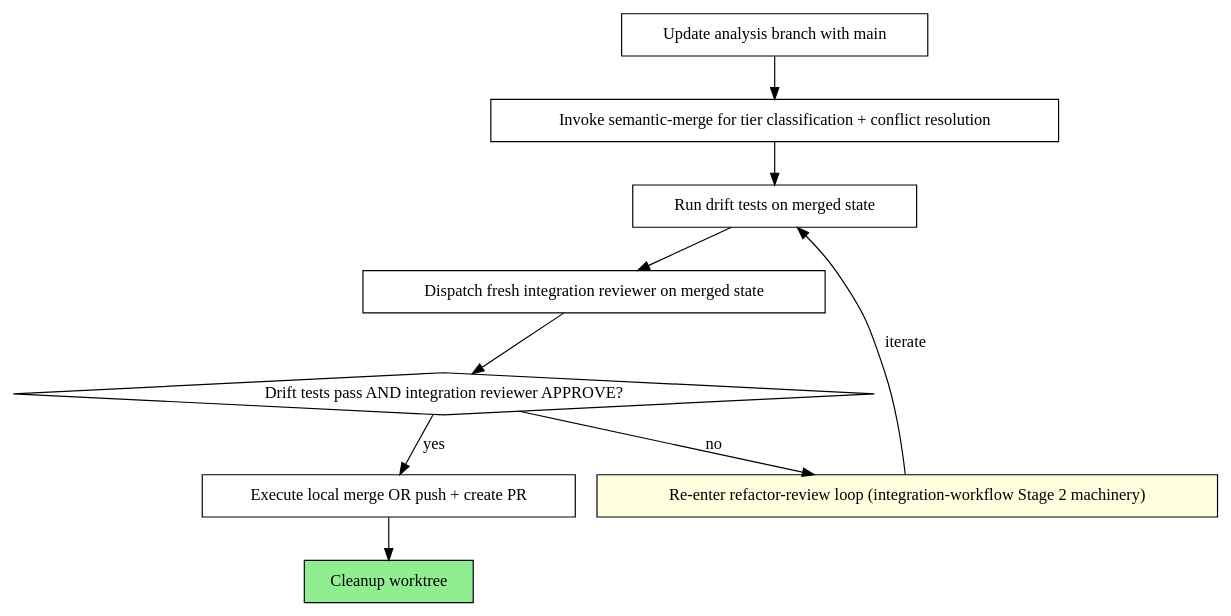
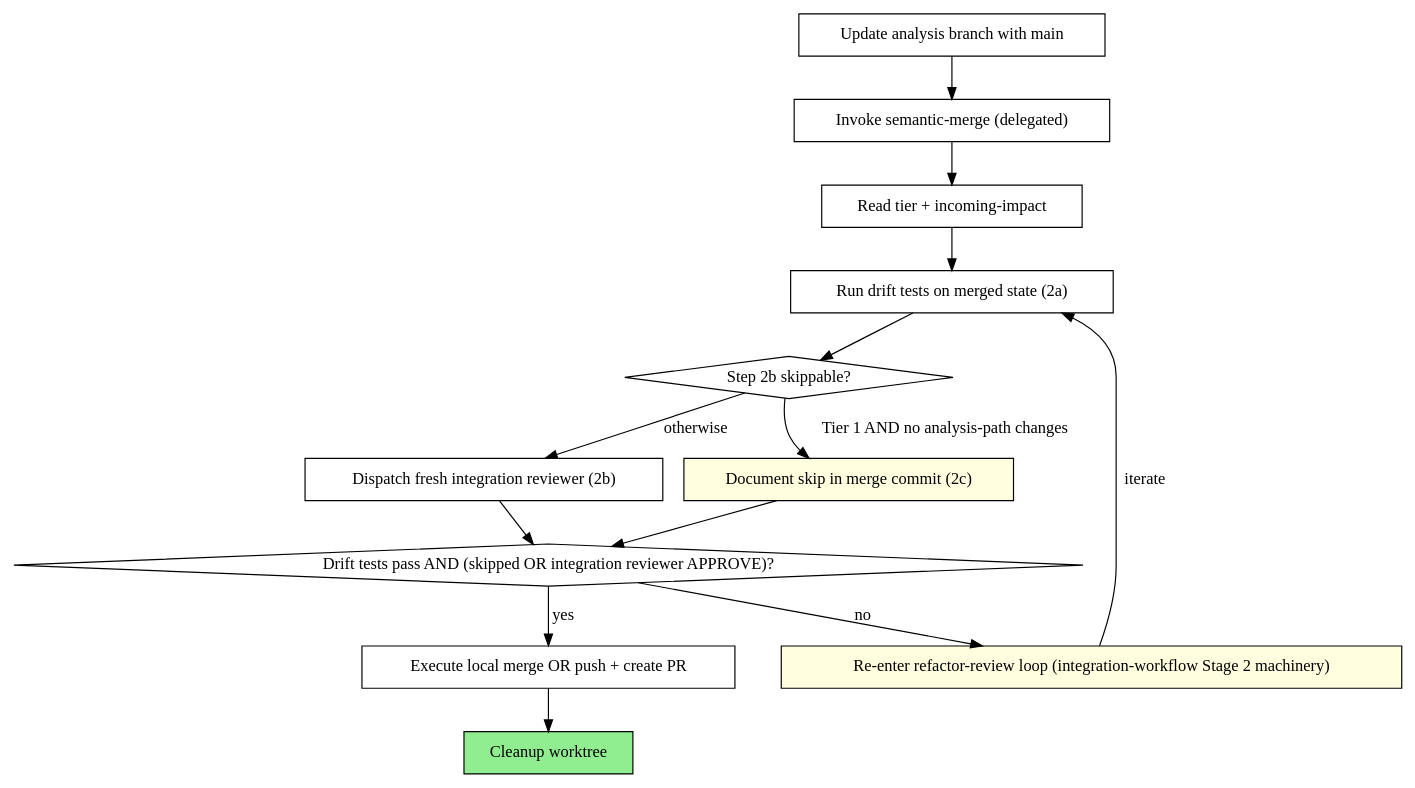
One commit to FuZhiyu/superRA changed the diagram in skills/merge-workflow/SKILL.md. Above: the diagram before and after it, drawn with Graphviz. The commit also changed other lines of this file and 1 other file, not shown here.

First line of the commit message:
tasks 11 + 12: mode-aware semantic-merge + conditional post-merge skip

````diff
--- a/skills/merge-workflow/SKILL.md
+++ b/skills/merge-workflow/SKILL.md
@@ -32,23 +32,30 @@
 ```dot
 digraph merge_workflow {
     rankdir=TB;
 
     "Update analysis branch with main" [shape=box];
-    "Invoke semantic-merge for tier classification + conflict resolution" [shape=box];
-    "Run drift tests on merged state" [shape=box];
-    "Dispatch fresh integration reviewer on merged state" [shape=box];
-    "Drift tests pass AND integration reviewer APPROVE?" [shape=diamond];
+    "Invoke semantic-merge (delegated)" [shape=box];
+    "Read tier + incoming-impact" [shape=box];
+    "Run drift tests on merged state (2a)" [shape=box];
+    "Step 2b skippable?" [shape=diamond];
+    "Document skip in merge commit (2c)" [shape=box style=filled fillcolor=lightyellow];
+    "Dispatch fresh integration reviewer (2b)" [shape=box];
+    "Drift tests pass AND (skipped OR integration reviewer APPROVE)?" [shape=diamond];
     "Re-enter refactor-review loop (integration-workflow Stage 2 machinery)" [shape=box style=filled fillcolor=lightyellow];
     "Execute local merge OR push + create PR" [shape=box];
     "Cleanup worktree" [shape=box style=filled fillcolor=lightgreen];
 
-    "Update analysis branch with main" -> "Invoke semantic-merge for tier classification + conflict resolution";
-    "Invoke semantic-merge for tier classification + conflict resolution" -> "Run drift tests on merged state";
-    "Run drift tests on merged state" -> "Dispatch fresh integration reviewer on merged state";
-    "Dispatch fresh integration reviewer on merged state" -> "Drift tests pass AND integration reviewer APPROVE?";
-    "Drift tests pass AND integration reviewer APPROVE?" -> "Execute local merge OR push + create PR" [label="yes"];
-    "Drift tests pass AND integration reviewer APPROVE?" -> "Re-enter refactor-review loop (integration-workflow Stage 2 machinery)" [label="no"];
-    "Re-enter refactor-review loop (integration-workflow Stage 2 machinery)" -> "Run drift tests on merged state" [label="iterate"];
+    "Update analysis branch with main" -> "Invoke semantic-merge (delegated)";
+    "Invoke semantic-merge (delegated)" -> "Read tier + incoming-impact";
+    "Read tier + incoming-impact" -> "Run drift tests on merged state (2a)";
+    "Run drift tests on merged state (2a)" -> "Step 2b skippable?";
+    "Step 2b skippable?" -> "Document skip in merge commit (2c)" [label="Tier 1 AND no analysis-path changes"];
+    "Step 2b skippable?" -> "Dispatch fresh integration reviewer (2b)" [label="otherwise"];
+    "Document skip in merge commit (2c)" -> "Drift tests pass AND (skipped OR integration reviewer APPROVE)?";
+    "Dispatch fresh integration reviewer (2b)" -> "Drift tests pass AND (skipped OR integration reviewer APPROVE)?";
+    "Drift tests pass AND (skipped OR integration reviewer APPROVE)?" -> "Execute local merge OR push + create PR" [label="yes"];
+    "Drift tests pass AND (skipped OR integration reviewer APPROVE)?" -> "Re-enter refactor-review loop (integration-workflow Stage 2 machinery)" [label="no"];
+    "Re-enter refactor-review loop (integration-workflow Stage 2 machinery)" -> "Run drift tests on merged state (2a)" [label="iterate"];
     "Execute local merge OR push + create PR" -> "Cleanup worktree";
 }
 ```
````
